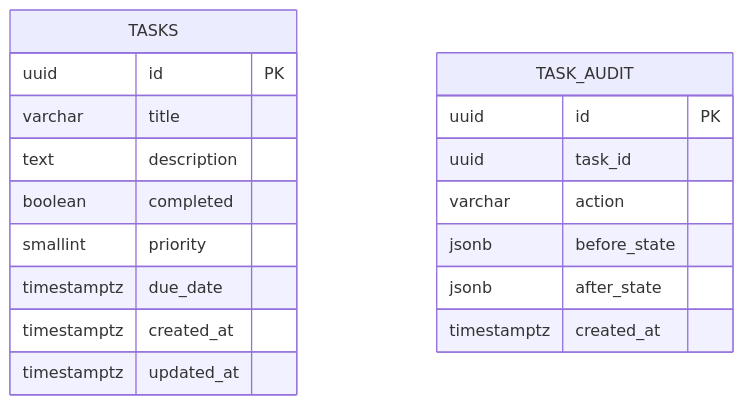
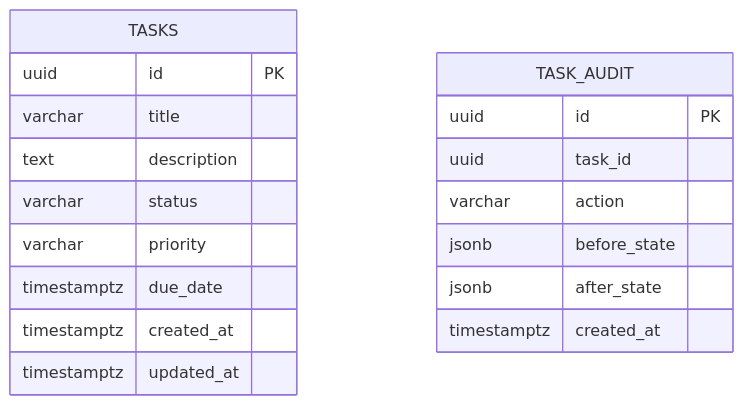
Before and after one commit to vilainricardo/AVA_TaskFlowAPI: the first of 2 diagrams in diagrams/taskflow_database_model_enterprise.md, drawn with Mermaid. The commit also changed other lines of this file and 18 other files, not shown here.

First line of the commit message:
refactor: model task status and priority as enums / modelar status e prioridade da task como enums

````diff
--- a/diagrams/taskflow_database_model_enterprise.md
+++ b/diagrams/taskflow_database_model_enterprise.md
@@ -1,22 +1,22 @@
 ```mermaid
 erDiagram
 TASKS {
     uuid id PK
     varchar title
     text description
-    boolean completed
-    smallint priority
+    varchar status
+    varchar priority
     timestamptz due_date
     timestamptz created_at
     timestamptz updated_at
 }
 
 TASK_AUDIT {
     uuid id PK
     uuid task_id
     varchar action
     jsonb before_state
     jsonb after_state
     timestamptz created_at
 }
 ```
````
